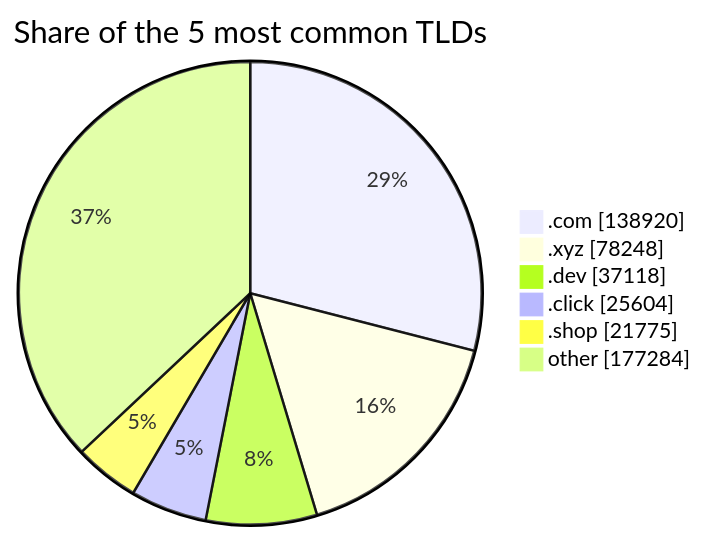
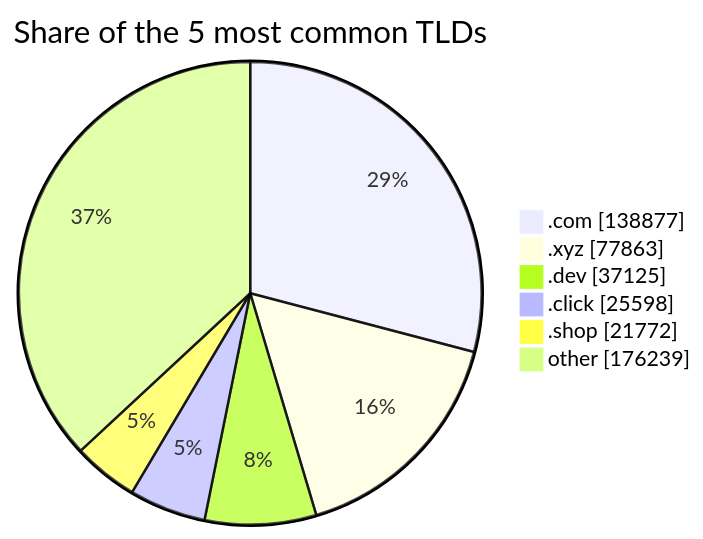
The third of 3 diagrams in README.md (DNSBunker/CTI), drawn with Mermaid before and after one commit. The commit also changed other lines of this file and 3 other files, not shown here.

````diff
--- a/README.md
+++ b/README.md
@@ -81,9 +81,9 @@
 ```mermaid
 pie showData title Share of the 5 most common TLDs
-    ".com" : 138920
-    ".xyz" : 78248
-    ".dev" : 37118
-    ".click" : 25604
-    ".shop" : 21775
-    "other" : 177284
+    ".com" : 138877
+    ".xyz" : 77863
+    ".dev" : 37125
+    ".click" : 25598
+    ".shop" : 21772
+    "other" : 176239
 ```
````
